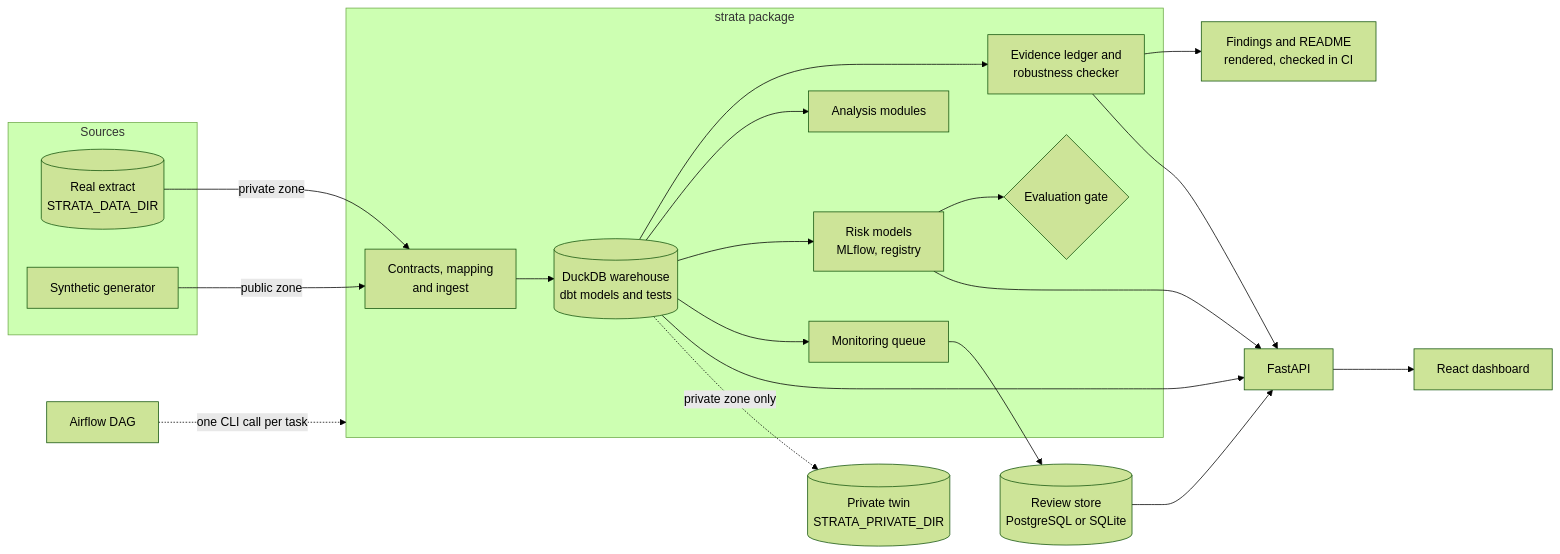
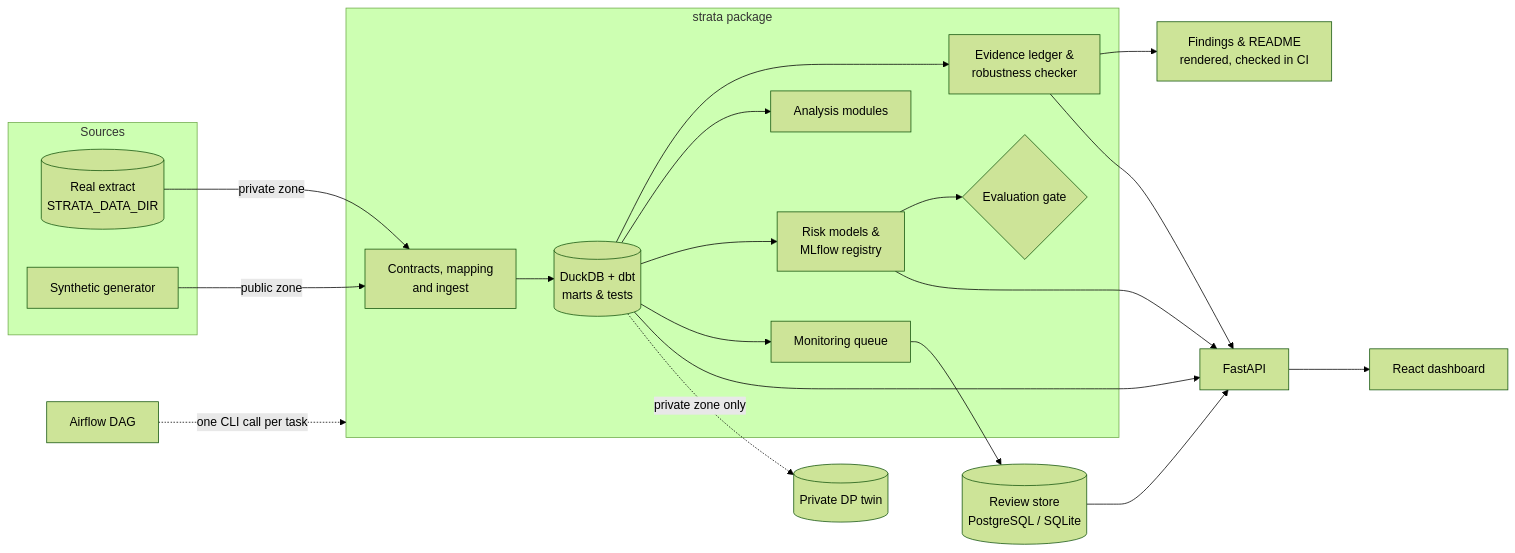
The diagram in README.md (storm2121/Customer-Behavior-Analysis-and-prediction), drawn with Mermaid (forest theme) before and after one commit. The commit also changed other lines of this file and 38 other files, not shown here.

````diff
--- a/README.md
+++ b/README.md
@@ -39,26 +22,26 @@
 ```mermaid
 flowchart LR
   subgraph sources [Sources]
     EXT[(Real extract<br/>STRATA_DATA_DIR)]
     SYN[Synthetic generator]
   end
   subgraph pkg [strata package]
-    ING[Contracts, mapping<br/>and ingest] --> WH[(DuckDB warehouse<br/>dbt models and tests)]
-    WH --> LED[Evidence ledger and<br/>robustness checker]
+    ING[Contracts, mapping<br/>and ingest] --> WH[(DuckDB + dbt<br/>marts & tests)]
+    WH --> LED[Evidence ledger &<br/>robustness checker]
     WH --> AN[Analysis modules]
-    WH --> ML[Risk models<br/>MLflow, registry]
+    WH --> ML[Risk models &<br/>MLflow registry]
     WH --> MON[Monitoring queue]
     ML --> GATE{Evaluation gate}
   end
   EXT -- private zone --> ING
   SYN -- public zone --> ING
-  LED --> DOCS[Findings and README<br/>rendered, checked in CI]
-  MON --> REV[(Review store<br/>PostgreSQL or SQLite)]
+  LED --> DOCS[Findings & README<br/>rendered, checked in CI]
+  MON --> REV[(Review store<br/>PostgreSQL / SQLite)]
   WH --> API[FastAPI]
   LED --> API
   ML --> API
   REV --> API
   API --> DASH[React dashboard]
   AF[Airflow DAG] -. one CLI call per task .-> pkg
-  WH -. private zone only .-> TWIN[(Private twin<br/>STRATA_PRIVATE_DIR)]
+  WH -. private zone only .-> TWIN[(Private DP twin)]
 ```
````
